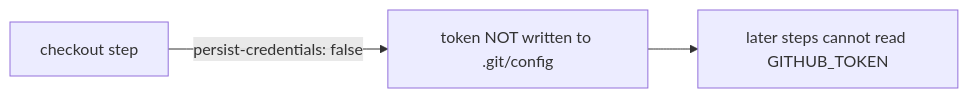
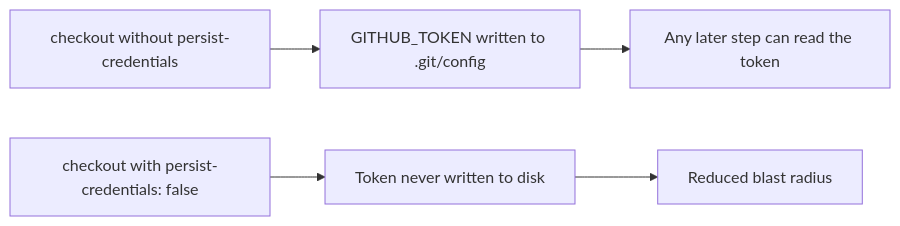
The diagram in docs/archive/pr-summaries/pr-summary-1566.md (stSoftwareAU/NEAT-AI-Discovery), drawn with Mermaid before and after one commit. The commit also changed other lines of this file and 2 other files, not shown here.

First line of the commit message:
Disable credential persistence on actionlint checkout (Issue #1566)

````diff
--- a/docs/archive/pr-summaries/pr-summary-1566.md
+++ b/docs/archive/pr-summaries/pr-summary-1566.md
@@ -32,5 +26,7 @@
 ```mermaid
 flowchart LR
-    A[checkout step] -->|persist-credentials: false| B[token NOT written to .git/config]
-    B --> C[later steps cannot read GITHUB_TOKEN]
+    A[checkout without persist-credentials] --> B[GITHUB_TOKEN written to .git/config]
+    B --> C[Any later step can read the token]
+    D[checkout with persist-credentials: false] --> E[Token never written to disk]
+    E --> F[Reduced blast radius]
 ```
````
